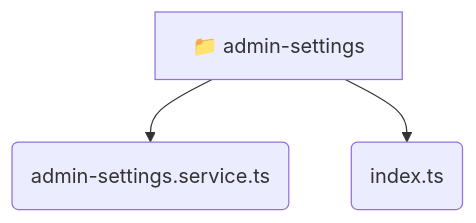
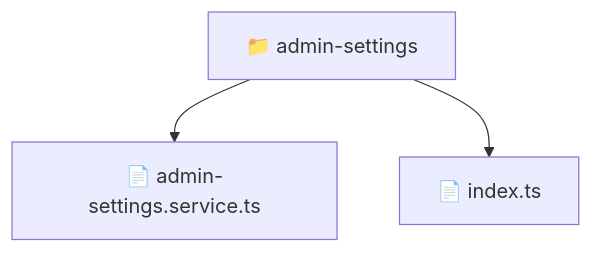
Before and after one commit to beginwebdev2002/fullstack-mavluda: the diagram in frontend/src/entities/admin-settings/README.md, drawn with Mermaid. The commit also changed other lines of this file and 163 other files, not shown here.

````diff
--- a/frontend/src/entities/admin-settings/README.md
+++ b/frontend/src/entities/admin-settings/README.md
@@ -11,6 +10,6 @@
 ```mermaid
 graph TD
-  admin_settings[📁 admin-settings]
-  admin_settings --> admin_settings_admin_settings_service_ts(admin-settings.service.ts)
-  admin_settings --> admin_settings_index_ts(index.ts)
+  Root["📁 admin-settings"]
+  Root --> adminsettingsservicets["📄 admin-settings.service.ts"]
+  Root --> indexts["📄 index.ts"]
 ```
````
